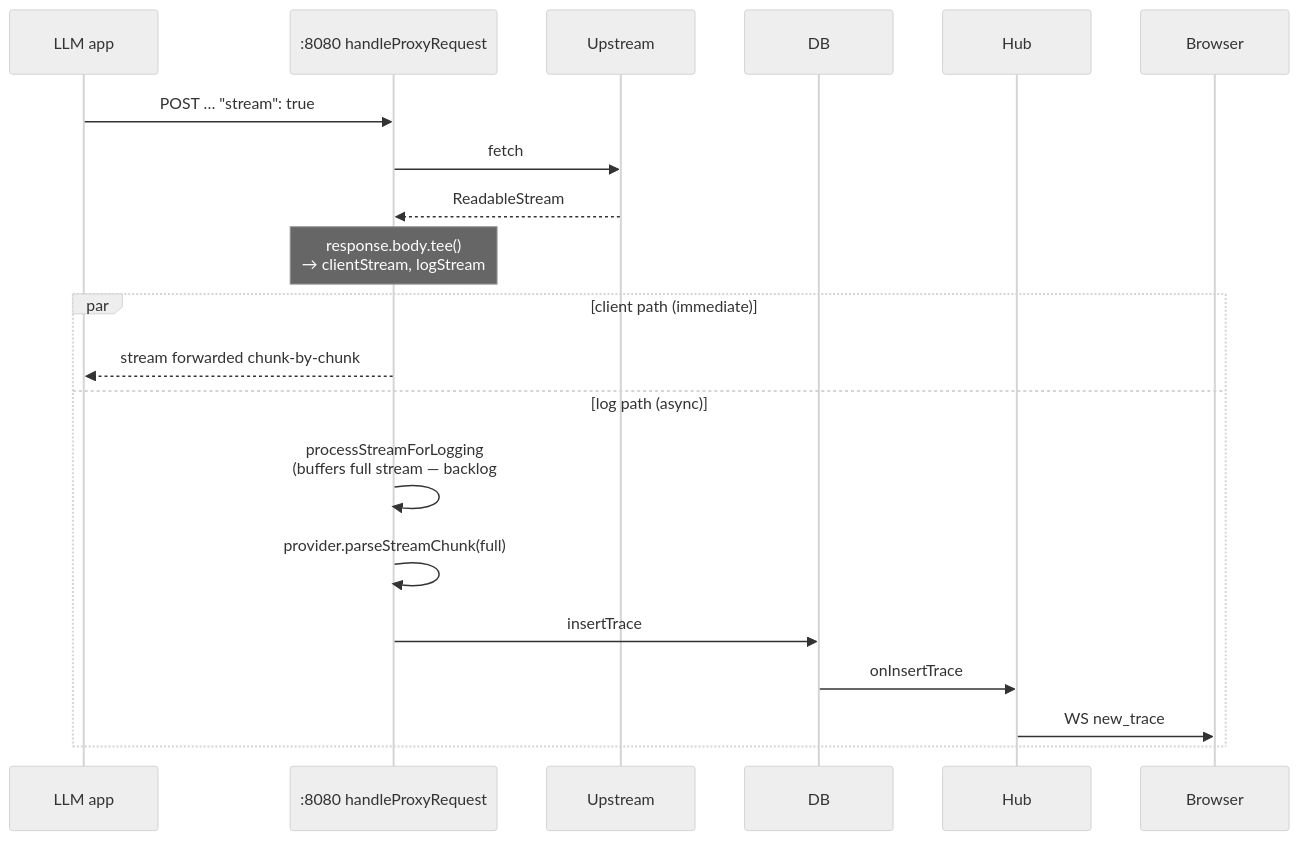
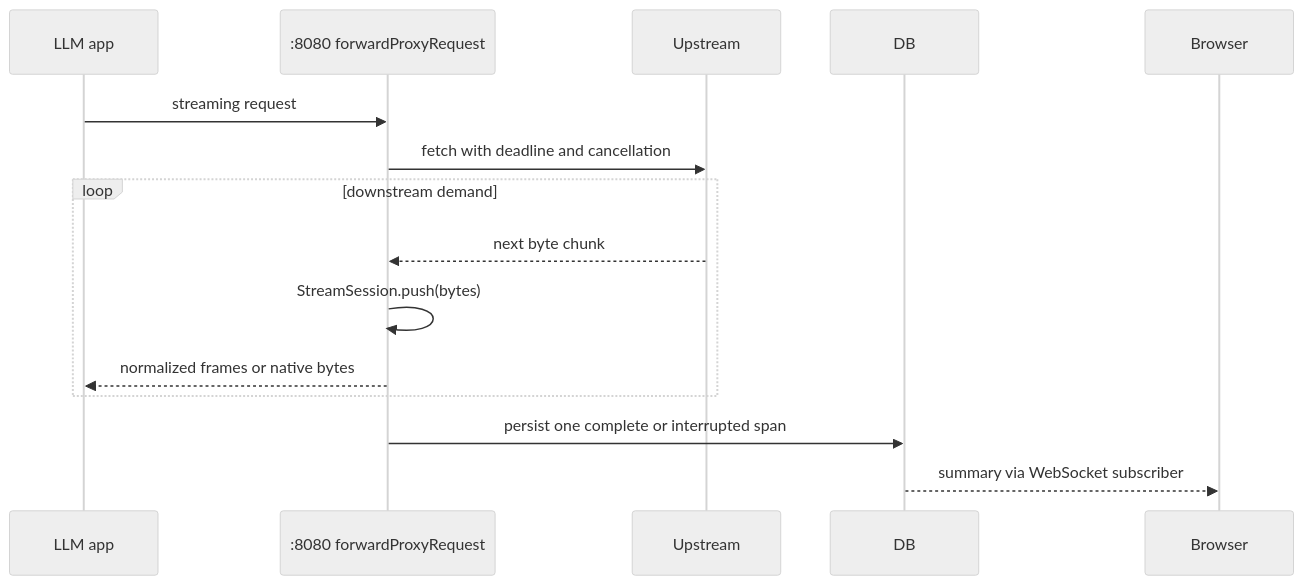
The seventh of 10 diagrams in ARCHITECTURE.md (HelgeSverre/llmflow), drawn with Mermaid (neutral theme) before and after one commit. The commit also changed other lines of this file and 226 other files, not shown here.

````diff
--- a/ARCHITECTURE.md
+++ b/ARCHITECTURE.md
@@ -453,23 +451,17 @@
 ```mermaid
 sequenceDiagram
     participant App as LLM app
-    participant Proxy as :8080 handleProxyRequest
+    participant Proxy as :8080 forwardProxyRequest
     participant Upstream
     participant DB
-    participant Hub
     participant Browser
-
-    App->>Proxy: POST … "stream": true
-    Proxy->>Upstream: fetch
-    Upstream-->>Proxy: ReadableStream
-    Note over Proxy: response.body.tee()<br/>→ clientStream, logStream
-    par client path (immediate)
-        Proxy-->>App: stream forwarded chunk-by-chunk
-    and log path (async)
-        Proxy->>Proxy: processStreamForLogging<br/>(buffers full stream — backlog #1)
-        Proxy->>Proxy: provider.parseStreamChunk(full)
-        Proxy->>DB: insertTrace
-        DB->>Hub: onInsertTrace
-        Hub->>Browser: WS new_trace
+    App->>Proxy: streaming request
+    Proxy->>Upstream: fetch with deadline and cancellation
+    loop downstream demand
+        Upstream-->>Proxy: next byte chunk
+        Proxy->>Proxy: StreamSession.push(bytes)
+        Proxy-->>App: normalized frames or native bytes
     end
+    Proxy->>DB: persist one complete or interrupted span
+    DB-->>Browser: summary via WebSocket subscriber
 ```
````
